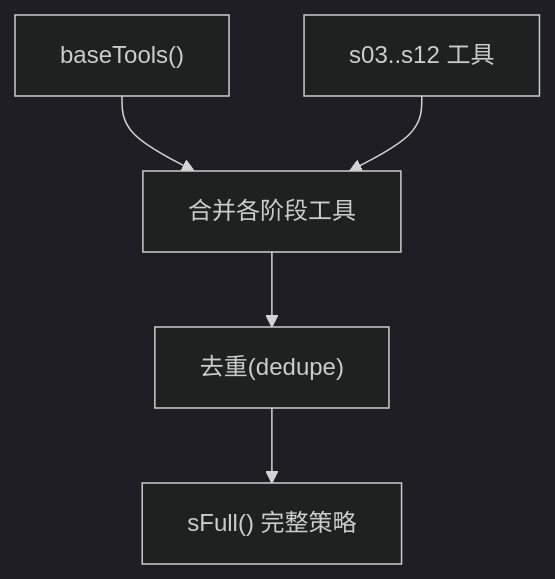
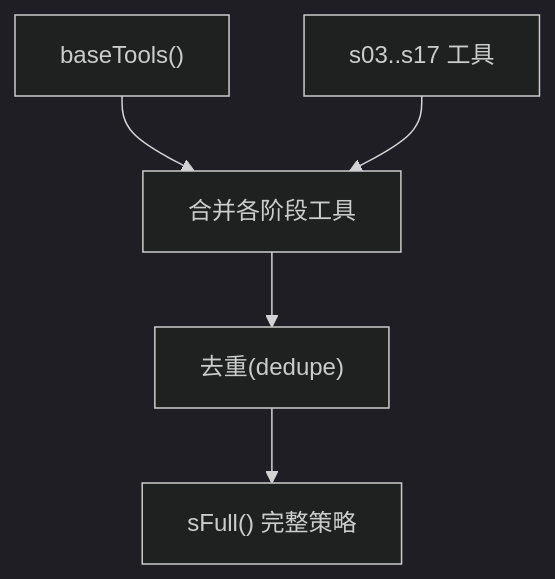
One commit to chenlds1994/learn-claude-code-java changed the sixth of 7 diagrams in .qoder/repowiki/zh/content/架构设计/设计模式应用/策略模式应用.md. Above: the diagram before and after it, drawn with Mermaid (dark theme). The commit also changed other lines of this file and 143 other files, not shown here.

First line of the commit message:
更新 repowiki 与 drawio 教程图至 17 阶段结构

````diff
--- a/.qoder/repowiki/zh/content/架构设计/设计模式应用/策略模式应用.md
+++ b/.qoder/repowiki/zh/content/架构设计/设计模式应用/策略模式应用.md
@@ -256,7 +276,7 @@
 ```mermaid
 flowchart TD
 A["baseTools()"] --> M["合并各阶段工具"]
-B["s03..s12 工具"] --> M
+B["s03..s17 工具"] --> M
 M --> D["去重(dedupe)"]
 D --> F["sFull() 完整策略"]
 ```
````
